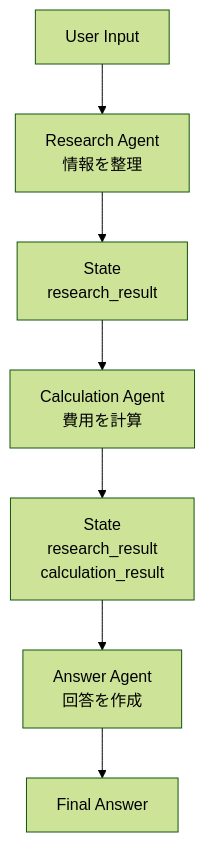
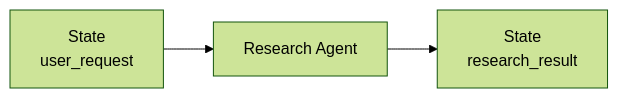
One commit to ykubota-dev/ai-agent-tutorial changed the seventh of 15 diagrams in docs/08_multi_agent.md. Above: the diagram before and after it, drawn with Mermaid (forest theme). The commit also changed other lines of this file and 1 other file, not shown here.

````diff
--- a/docs/08_multi_agent.md
+++ b/docs/08_multi_agent.md
@@ -480,23 +381,11 @@
 ```mermaid
-flowchart TD
-    USER["User Input"]
+flowchart LR
+    STATE1["State<br>user_request"]
 
-    RESEARCH["Research Agent<br>情報を整理"]
+    RESEARCH["Research Agent"]
 
-    STATE1["State<br>research_result"]
+    STATE2["State<br>research_result"]
 
-    CALC["Calculation Agent<br>費用を計算"]
-
-    STATE2["State<br>research_result<br>calculation_result"]
-
-    ANSWER["Answer Agent<br>回答を作成"]
-
-    RESULT["Final Answer"]
-
-    USER --> RESEARCH
-    RESEARCH --> STATE1
-    STATE1 --> CALC
-    CALC --> STATE2
-    STATE2 --> ANSWER
-    ANSWER --> RESULT
+    STATE1 --> RESEARCH
+    RESEARCH --> STATE2
 ```
````
